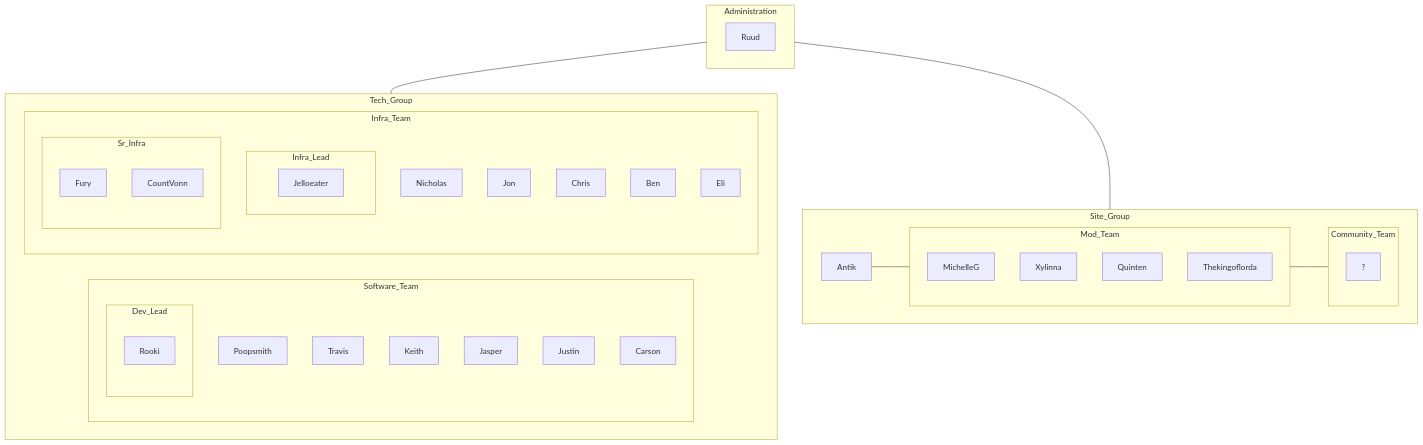
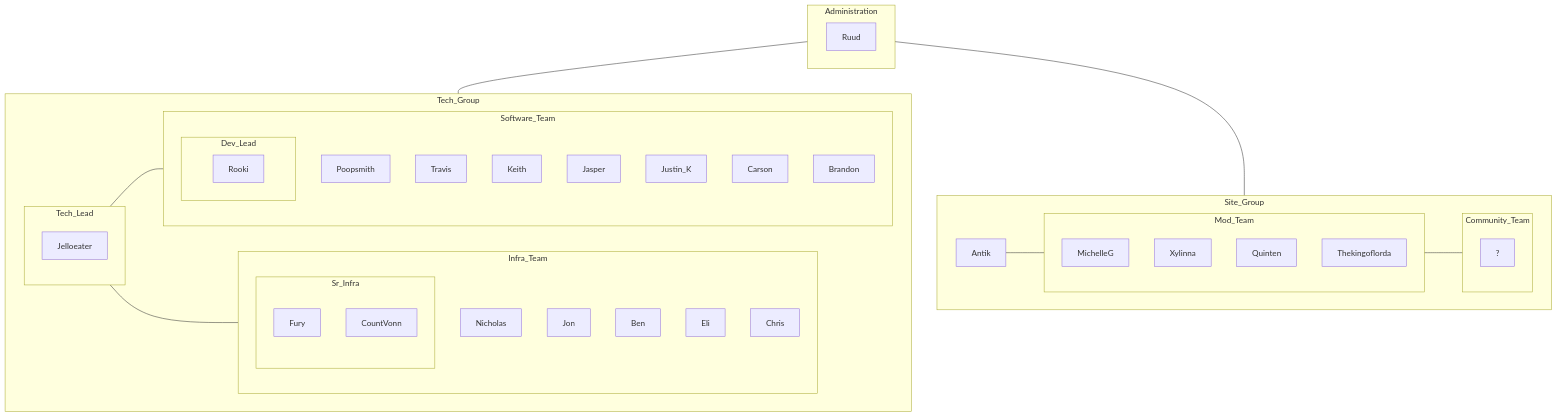
The diagram in static/images/org_chart_mermaid.md (thekingoflorda/team-page), drawn with Mermaid before and after one commit.

Commit message:
Updated org chart mermaid

````diff
--- a/static/images/org_chart_mermaid.md
+++ b/static/images/org_chart_mermaid.md
@@ -1,52 +1,56 @@
 ```mermaid
 flowchart TD
 subgraph Administration
 Ruud
 end
 
 Administration ---
 Tech_Group & Site_Group
 
 subgraph Site_Group
 
 Antik --- Mod_Team
 
 subgraph Mod_Team
-MichelleG & Xylinna & Quinten & Thekingoflorda
+MichelleG
+Xylinna
+Quinten
+Thekingoflorda
 end
 
 Mod_Team --- Community_Team
 subgraph Community_Team
 ?
 end
 end
 
 subgraph Tech_Group
-
+subgraph Tech_Lead
+Jelloeater
+end
+Tech_Lead --- Software_Team & Infra_Team
 subgraph Software_Team
 subgraph Dev_Lead
 Rooki
 end
 Poopsmith
 Travis
 Keith
 Jasper
-Justin
+Justin_K
 Carson
+Brandon
 end
 subgraph Infra_Team
-subgraph Infra_Lead
-Jelloeater
-end
 subgraph Sr_Infra
 Fury
 CountVonn
 end
 Nicholas
 Jon
-Chris
 Ben
 Eli
+Chris
 end
 end
 ```
````
